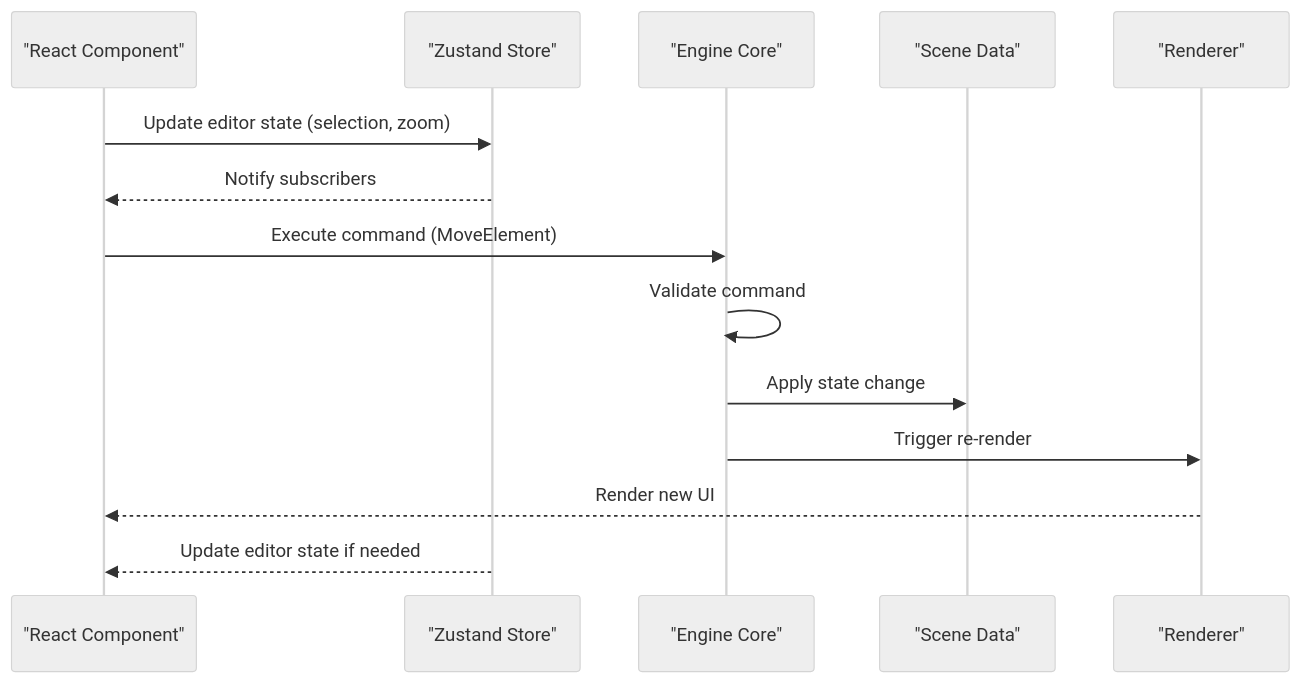
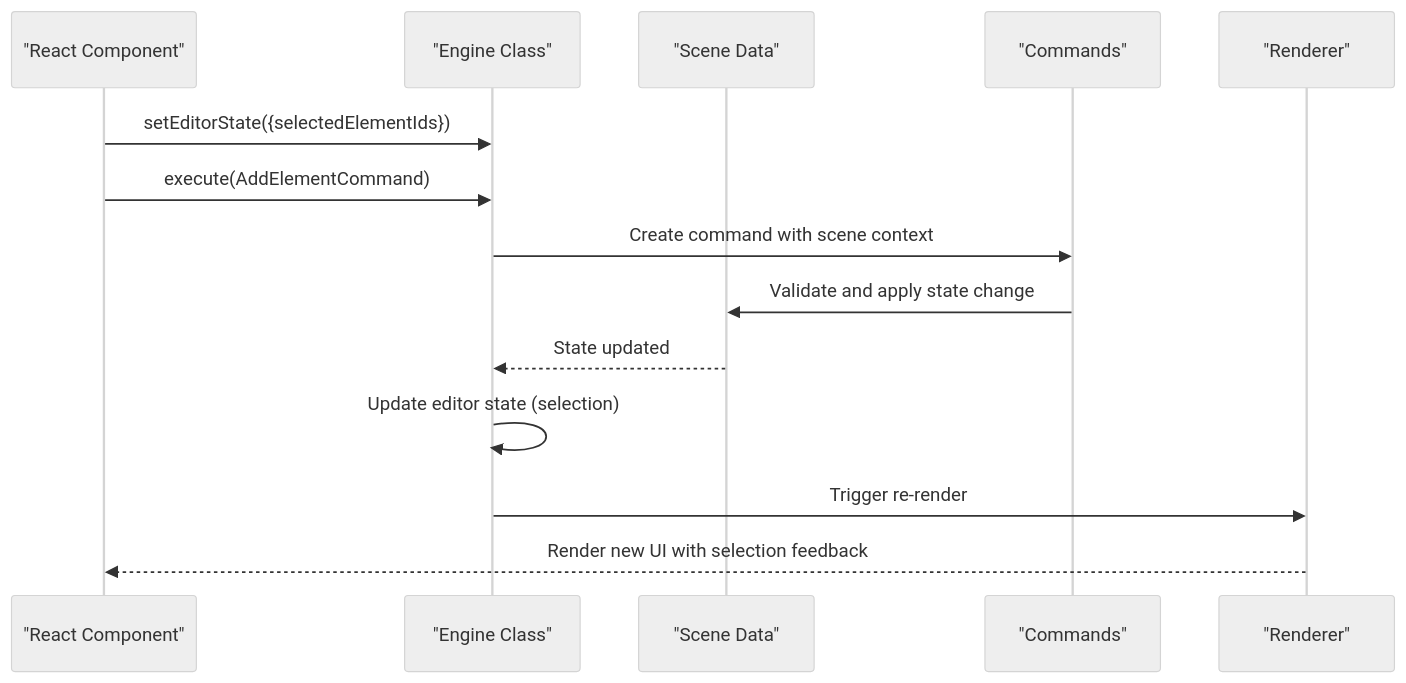
The second of 7 diagrams in .qoder/repowiki/en/content/State Management.md (Anna0314zy/ai_editor_enginer), drawn with Mermaid (neutral theme) before and after one commit. The commit also changed other lines of this file and 41 other files, not shown here.

````diff
--- a/.qoder/repowiki/en/content/State Management.md
+++ b/.qoder/repowiki/en/content/State Management.md
@@ -102,16 +139,16 @@
 ```mermaid
 sequenceDiagram
 participant UI as "React Component"
-participant Store as "Zustand Store"
-participant Engine as "Engine Core"
+participant Engine as "Engine Class"
 participant Scene as "Scene Data"
+participant Commands as "Commands"
 participant Renderer as "Renderer"
-UI->>Store : Update editor state (selection, zoom)
-Store-->>UI : Notify subscribers
-UI->>Engine : Execute command (MoveElement)
-Engine->>Engine : Validate command
-Engine->>Scene : Apply state change
+UI->>Engine : setEditorState({selectedElementIds})
+UI->>Engine : execute(AddElementCommand)
+Engine->>Commands : Create command with scene context
+Commands->>Scene : Validate and apply state change
+Scene-->>Engine : State updated
+Engine->>Engine : Update editor state (selection)
 Engine->>Renderer : Trigger re-render
-Renderer-->>UI : Render new UI
-Store-->>UI : Update editor state if needed
+Renderer-->>UI : Render new UI with selection feedback
 ```
````
